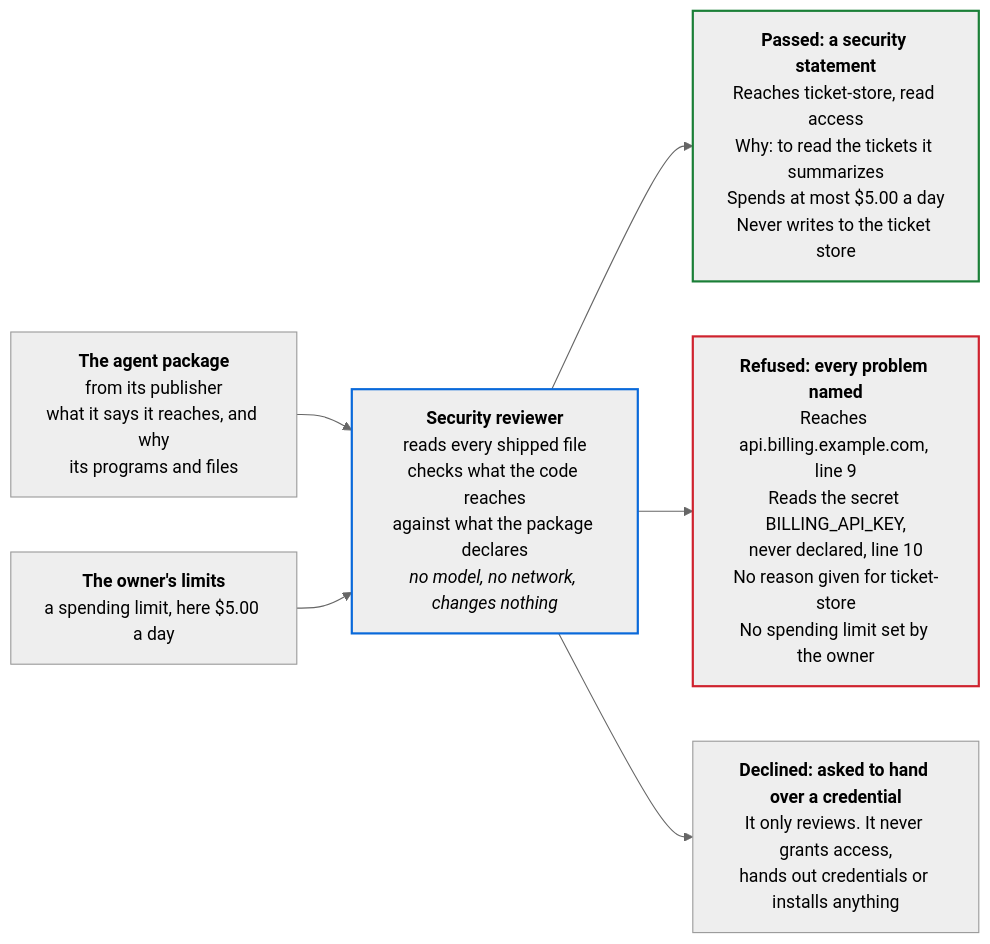
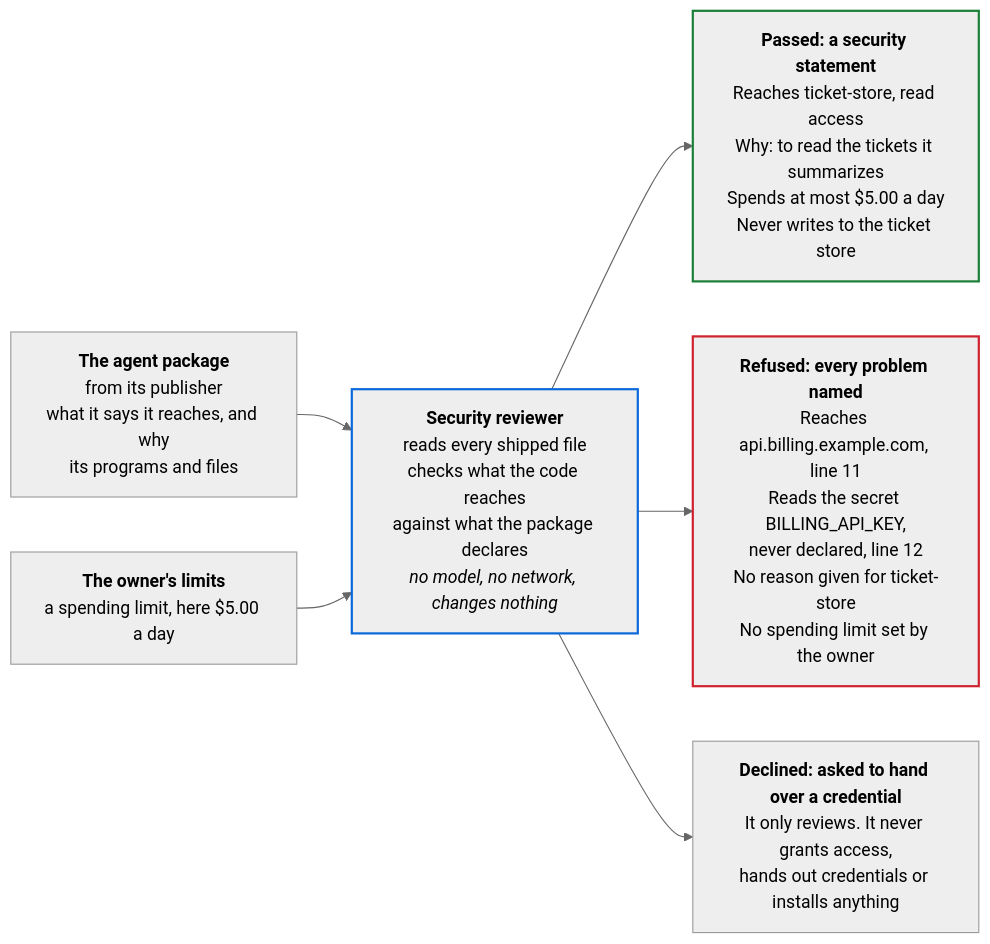
The first of 4 diagrams in README.md (PaulDuvall/adlc-security-reviewer), drawn with Mermaid (neutral theme) before and after one commit. The commit also changed other lines of this file and 1 other file, not shown here.

First line of the commit message:
README and examples README: correct the refused diagram's lines, name Node 26's TypeScript limits

````diff
--- a/README.md
+++ b/README.md
@@ -38,20 +38,20 @@
 ```mermaid
 flowchart LR
   pkg["<b>The agent package</b><br/>from its publisher<br/>what it says it reaches, and why<br/>its programs and files"]
   lim["<b>The owner's limits</b><br/>a spending limit, here $5.00 a day"]
   rev["<b>Security reviewer</b><br/>reads every shipped file<br/>checks what the code reaches<br/>against what the package declares<br/><i>no model, no network, changes nothing</i>"]
   pass["<b>Passed: a security statement</b><br/>Reaches ticket-store, read access<br/>Why: to read the tickets it summarizes<br/>Spends at most $5.00 a day<br/>Never writes to the ticket store"]
-  ref["<b>Refused: every problem named</b><br/>Reaches api.billing.example.com, line 9<br/>Reads the secret BILLING_API_KEY,<br/>never declared, line 10<br/>No reason given for ticket-store<br/>No spending limit set by the owner"]
+  ref["<b>Refused: every problem named</b><br/>Reaches api.billing.example.com, line 11<br/>Reads the secret BILLING_API_KEY,<br/>never declared, line 12<br/>No reason given for ticket-store<br/>No spending limit set by the owner"]
   dec["<b>Declined: asked to hand over a credential</b><br/>It only reviews. It never grants access,<br/>hands out credentials or installs anything"]
   pkg --> rev
   lim --> rev
   rev --> pass
   rev --> ref
   rev --> dec
   classDef gate stroke:#0969da,stroke-width:2px
   classDef ok stroke:#1a7f37,stroke-width:2px
   classDef no stroke:#cf222e,stroke-width:2px
   class rev gate
   class pass ok
   class ref no
 ```
````
